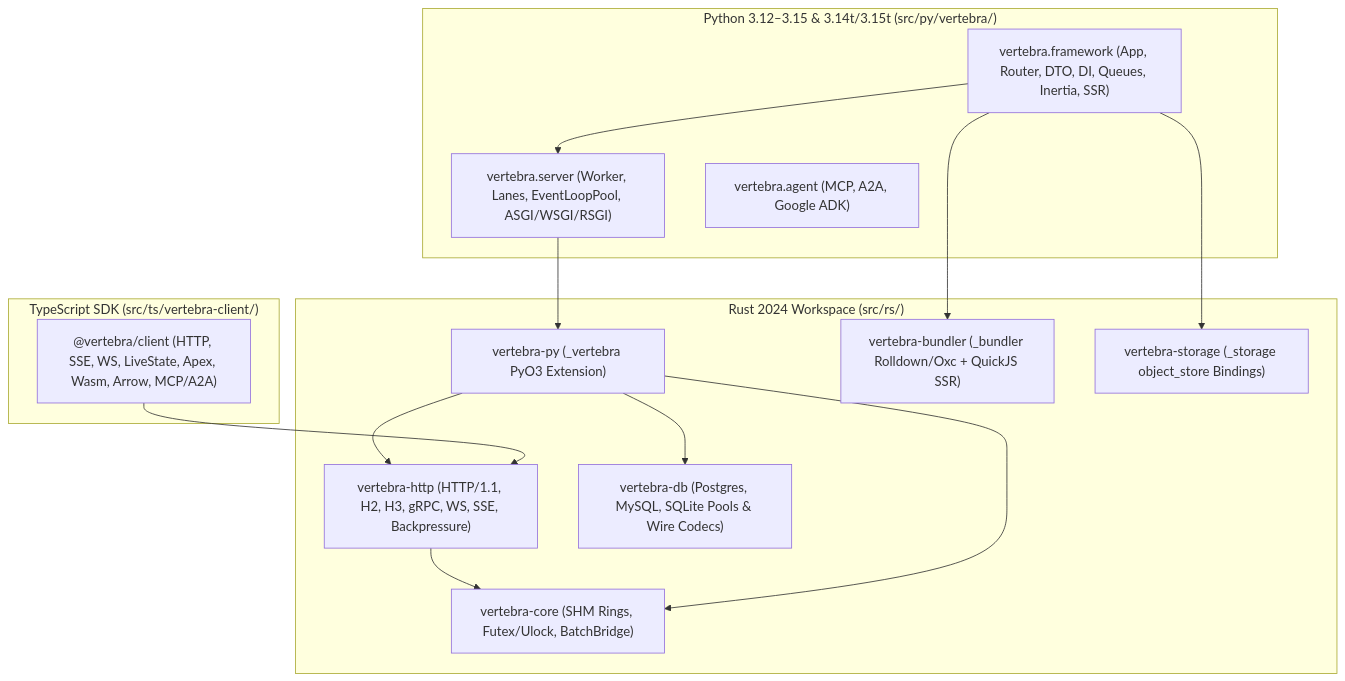
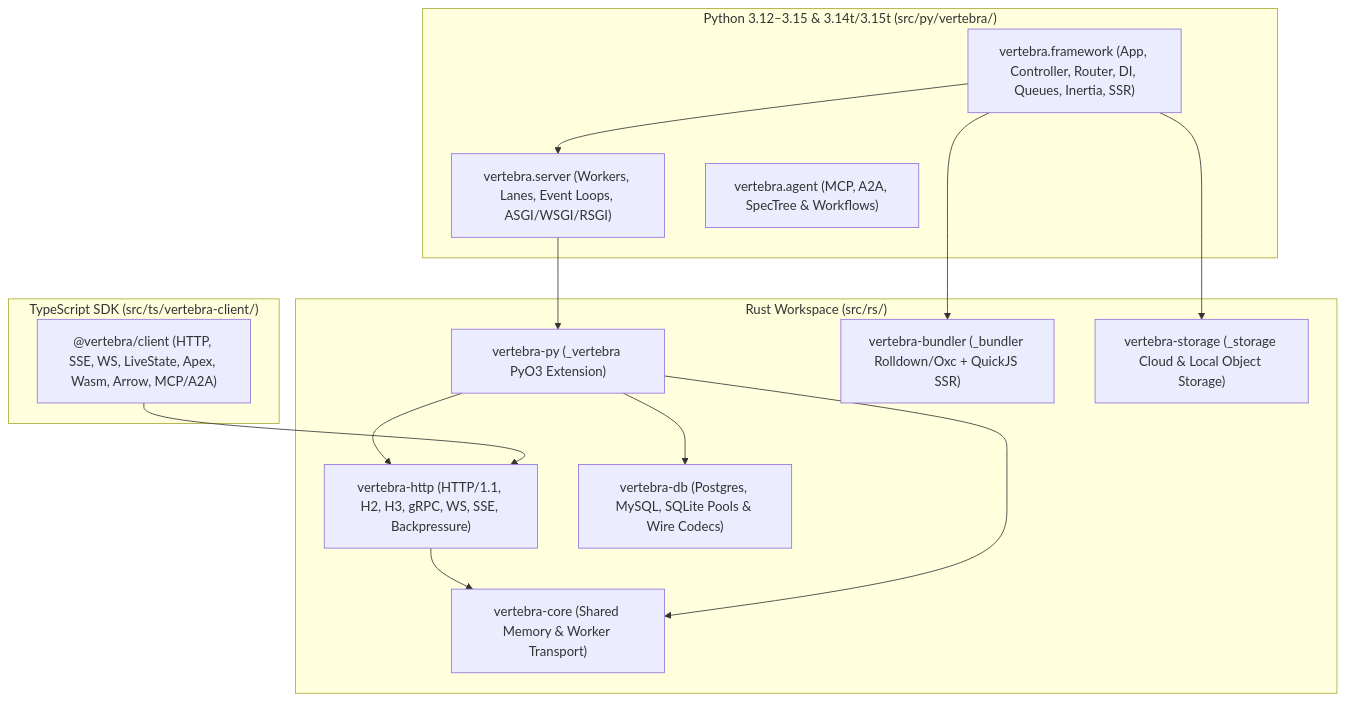
The diagram in docs/architecture/index.md (cofin/vertebra), drawn with Mermaid before and after one commit. The commit also changed other lines of this file and 63 other files, not shown here.

First line of the commit message:
feat(framework): add Controller, Route, Procedure, hierarchical DI, and expand documentation (#56)

````diff
--- a/docs/architecture/index.md
+++ b/docs/architecture/index.md
@@ -7,31 +7,31 @@
 ```mermaid
 flowchart TD
-    subgraph Rust["Rust 2024 Workspace (src/rs/)"]
-        Core["vertebra-core (SHM Rings, Futex/Ulock, BatchBridge)"]
+    subgraph Rust["Rust Workspace (src/rs/)"]
+        Core["vertebra-core (Shared Memory & Worker Transport)"]
         Http["vertebra-http (HTTP/1.1, H2, H3, gRPC, WS, SSE, Backpressure)"]
         Py["vertebra-py (_vertebra PyO3 Extension)"]
         Bundler["vertebra-bundler (_bundler Rolldown/Oxc + QuickJS SSR)"]
-        Storage["vertebra-storage (_storage object_store Bindings)"]
+        Storage["vertebra-storage (_storage Cloud & Local Object Storage)"]
         Db["vertebra-db (Postgres, MySQL, SQLite Pools & Wire Codecs)"]
     end
 
     subgraph Python["Python 3.12–3.15 & 3.14t/3.15t (src/py/vertebra/)"]
-        Server["vertebra.server (Worker, Lanes, EventLoopPool, ASGI/WSGI/RSGI)"]
-        Framework["vertebra.framework (App, Router, DTO, DI, Queues, Inertia, SSR)"]
-        Agent["vertebra.agent (MCP, A2A, Google ADK)"]
+        Server["vertebra.server (Workers, Lanes, Event Loops, ASGI/WSGI/RSGI)"]
+        Framework["vertebra.framework (App, Controller, Router, DI, Queues, Inertia, SSR)"]
+        Agent["vertebra.agent (MCP, A2A, SpecTree & Workflows)"]
     end
 
     subgraph TS["TypeScript SDK (src/ts/vertebra-client/)"]
         Client["@vertebra/client (HTTP, SSE, WS, LiveState, Apex, Wasm, Arrow, MCP/A2A)"]
     end
 
     Http --> Core
     Py --> Core
     Py --> Http
     Py --> Db
     Server --> Py
     Framework --> Server
     Framework --> Bundler
     Framework --> Storage
     Client --> Http
 ```
````
